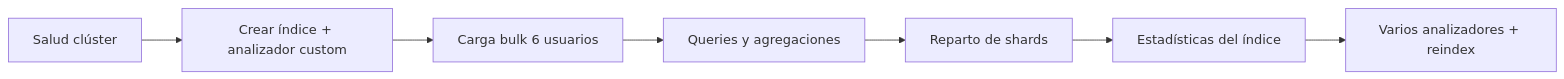
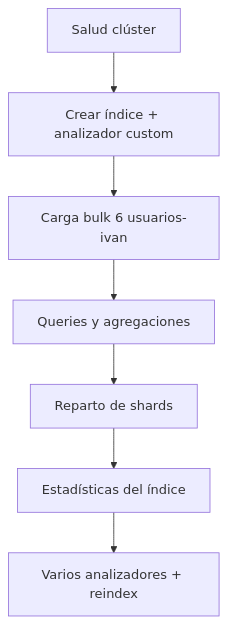
Before and after one commit to IvanciniGT/formacionOpensearchAplicado: the diagram in notas/lab-usuarios.md, drawn with Mermaid. The commit also changed other lines of this file and 4 other files, not shown here.

````diff
--- a/notas/lab-usuarios.md
+++ b/notas/lab-usuarios.md
@@ -568,9 +568,9 @@
 ```mermaid
-flowchart LR
+flowchart TB
     A[Salud clúster] --> B[Crear índice + analizador custom]
-    B --> C[Carga bulk 6 usuarios]
+    B --> C[Carga bulk 6 usuarios-ivan]
     C --> D[Queries y agregaciones]
     D --> E[Reparto de shards]
     E --> F[Estadísticas del índice]
     F --> G[Varios analizadores + reindex]
 ```
````
